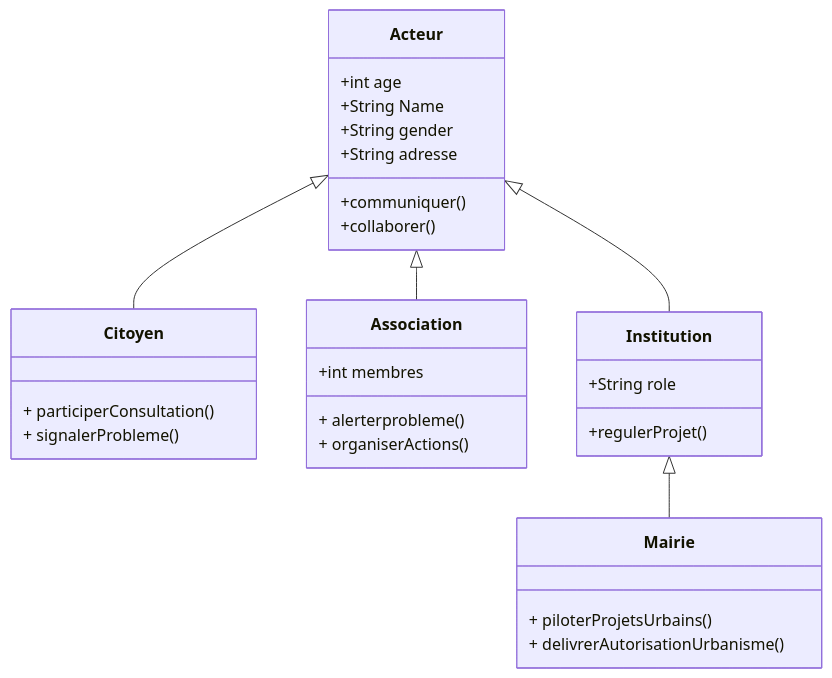
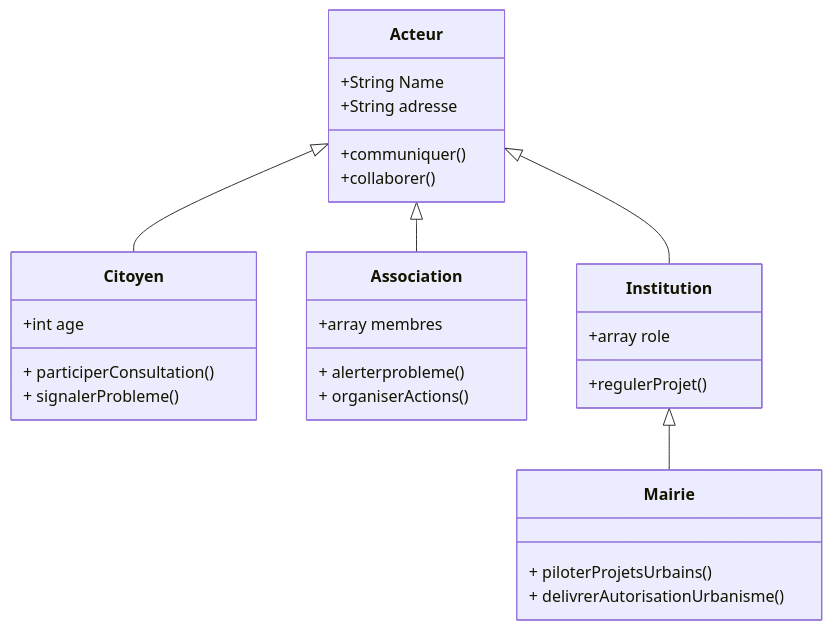
The diagram in acteursDoudousml.md (kahiarchi/plaine---saint--Denis---batiment-), drawn with Mermaid before and after one commit.

````diff
--- a/acteursDoudousml.md
+++ b/acteursDoudousml.md
@@ -1,31 +1,30 @@
 ```mermaid
 classDiagram
     Acteur <|-- Citoyen
     Acteur <|-- Association
     Acteur <|-- Institution
     Institution <|-- Mairie
-    Acteur : +int age
     Acteur : +String Name
-    Acteur : +String gender
     Acteur : +String adresse
     Acteur: +communiquer()
     Acteur: +collaborer()
     class Citoyen{
+      +int age
       + participerConsultation()
       + signalerProbleme()
     }
 class Institution {
-        +String role
+        +array role
         +regulerProjet()
     }
     class Association{
 
-    +int membres 
+    +array membres 
     + alerterprobleme()
     + organiserActions()
     }
    class Mairie {
     + piloterProjetsUrbains()
     + delivrerAutorisationUrbanisme()
 }
 ```
````
